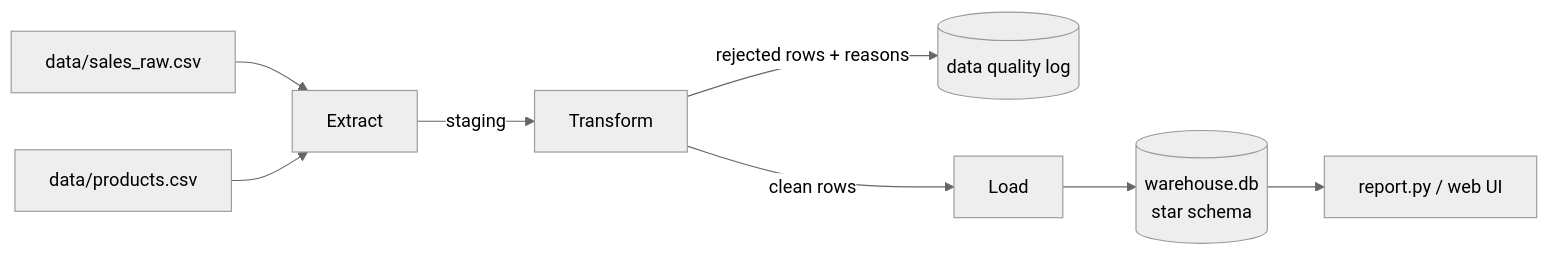
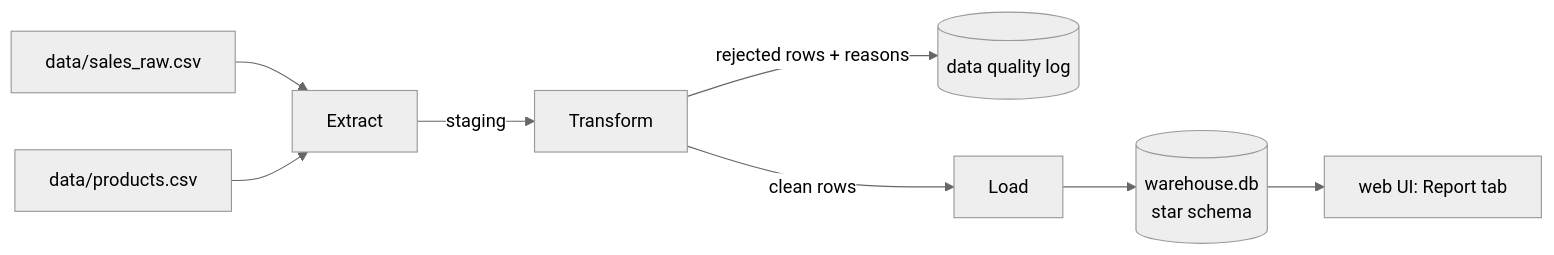
One commit to chris-bartonjo/csa806-datawarehousing-etl changed the first of 2 diagrams in star_schema/README.md. Above: the diagram before and after it, drawn with Mermaid (neutral theme). The commit also changed other lines of this file and 8 other files, not shown here.

First line of the commit message:
Remove report.py; the web UI's Report tab replaces it

````diff
--- a/star_schema/README.md
+++ b/star_schema/README.md
@@ -42,10 +40,10 @@
 ```mermaid
 flowchart LR
     A[data/sales_raw.csv] --> E[Extract]
     B[data/products.csv] --> E
     E -->|staging| T[Transform]
     T -->|rejected rows + reasons| R[(data quality log)]
     T -->|clean rows| L[Load]
     L --> W[(warehouse.db<br/>star schema)]
-    W --> Q[report.py / web UI]
+    W --> Q[web UI: Report tab]
 ```
````
